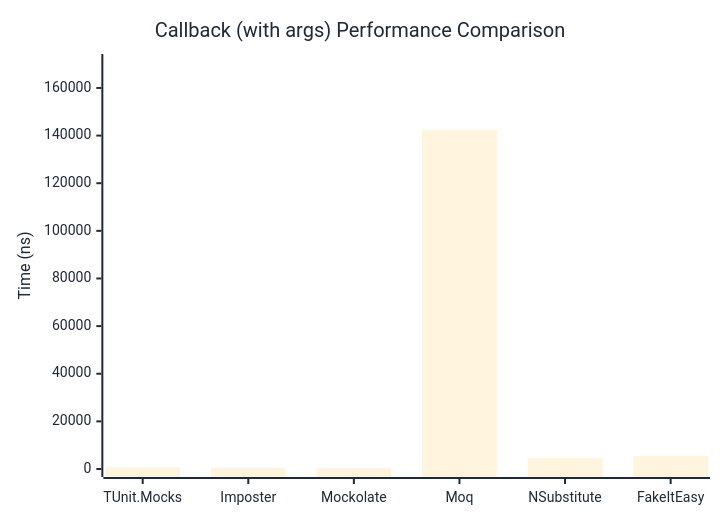
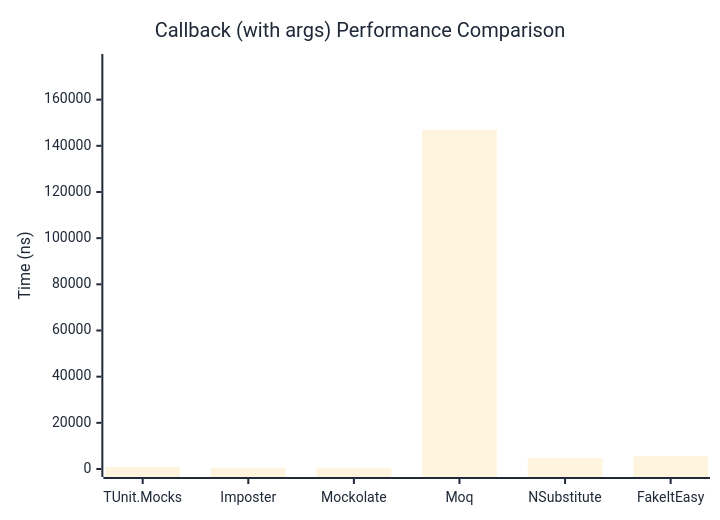
Before and after one commit to thomhurst/TUnit: the second of 2 diagrams in docs/docs/benchmarks/mocks/Callback.md, drawn with Mermaid. The commit also changed other lines of this file and 14 other files, not shown here.

````diff
--- a/docs/docs/benchmarks/mocks/Callback.md
+++ b/docs/docs/benchmarks/mocks/Callback.md
@@ -69,27 +69,27 @@
 ```mermaid
 %%{init: {
   'theme':'base',
   'themeVariables': {
     'primaryColor': '#2563eb',
     'primaryTextColor': '#1f2937',
     'primaryBorderColor': '#1e40af',
     'lineColor': '#6b7280',
     'secondaryColor': '#7c3aed',
     'tertiaryColor': '#dc2626',
     'background': '#ffffff',
     'pie1': '#2563eb',
     'pie2': '#7c3aed',
     'pie3': '#dc2626',
     'pie4': '#f59e0b',
     'pie5': '#10b981',
     'pie6': '#06b6d4',
     'pie7': '#ec4899',
     'pie8': '#6366f1'
   }
 }}%%
 xychart-beta
   title "Callback (with args) Performance Comparison"
   x-axis ["TUnit.Mocks", "Imposter", "Mockolate", "Moq", "NSubstitute", "FakeItEasy"]
-  y-axis "Time (ns)" 0 --> 170898
-  bar [755.9, 544.2, 386.9, 142414.3, 4686.3, 5427.7]
+  y-axis "Time (ns)" 0 --> 176311
+  bar [859.4, 533.2, 387.6, 146925.2, 4704.6, 5463.5]
 ```
````
